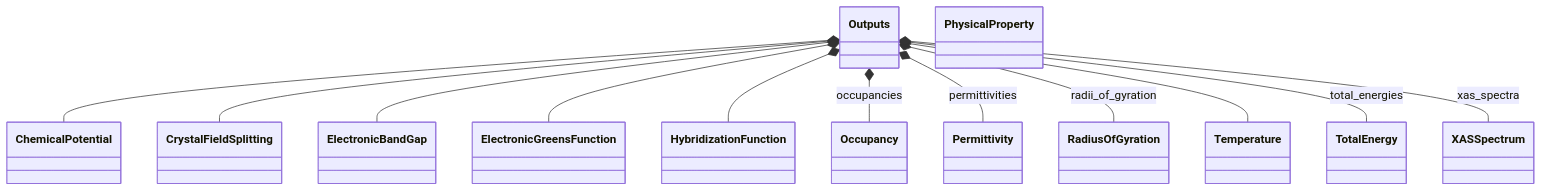
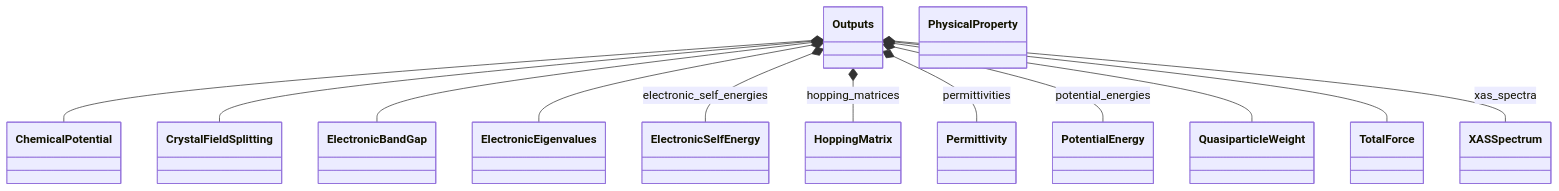
The second of 2 diagrams in docs/schema/outputs.diagram.md (FAIRmat-NFDI/nomad-simulations), drawn with Mermaid before and after one commit. The commit also changed other lines of this file and 112 other files, not shown here.

First line of the commit message:
Add auto-generated Workflow schema docs and align explanation guidance (#366)

````diff
--- a/docs/schema/outputs.diagram.md
+++ b/docs/schema/outputs.diagram.md
@@ -68,40 +54,27 @@
 ```mermaid
 classDiagram
-    class ChemicalPotential {
-    }
-    class CrystalFieldSplitting {
-    }
-    class ElectronicBandGap {
-    }
-    class ElectronicGreensFunction {
-    }
-    class HybridizationFunction {
-    }
-    class Occupancy {
-    }
-    class Outputs {
-    }
-    class Permittivity {
-    }
-    class PhysicalProperty {
-    }
-    class RadiusOfGyration {
-    }
-    class Temperature {
-    }
-    class TotalEnergy {
-    }
-    class XASSpectrum {
-    }
+    class ChemicalPotential
+    class CrystalFieldSplitting
+    class ElectronicBandGap
+    class ElectronicEigenvalues
+    class ElectronicSelfEnergy
+    class HoppingMatrix
+    class Outputs
+    class Permittivity
+    class PhysicalProperty
+    class PotentialEnergy
+    class QuasiparticleWeight
+    class TotalForce
+    class XASSpectrum
     Outputs *-- ChemicalPotential
     Outputs *-- CrystalFieldSplitting
     Outputs *-- ElectronicBandGap
-    Outputs *-- ElectronicGreensFunction
-    Outputs *-- HybridizationFunction
-    Outputs *-- Occupancy : occupancies
+    Outputs *-- ElectronicEigenvalues
+    Outputs *-- ElectronicSelfEnergy : electronic_self_energies
+    Outputs *-- HoppingMatrix : hopping_matrices
     Outputs *-- Permittivity : permittivities
-    Outputs *-- RadiusOfGyration : radii_of_gyration
-    Outputs *-- Temperature
-    Outputs *-- TotalEnergy : total_energies
+    Outputs *-- PotentialEnergy : potential_energies
+    Outputs *-- QuasiparticleWeight
+    Outputs *-- TotalForce
     Outputs *-- XASSpectrum : xas_spectra
 ```
````
